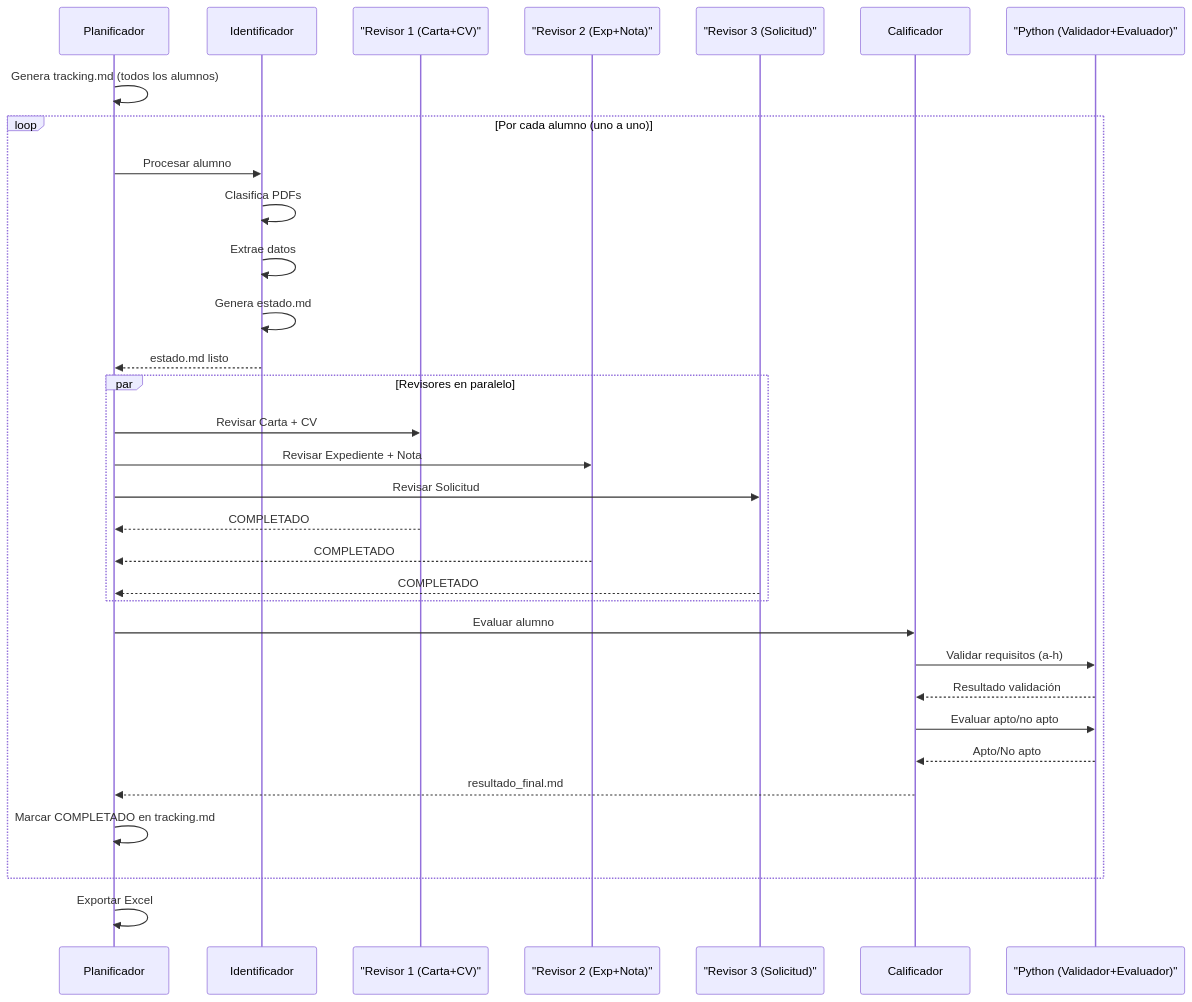
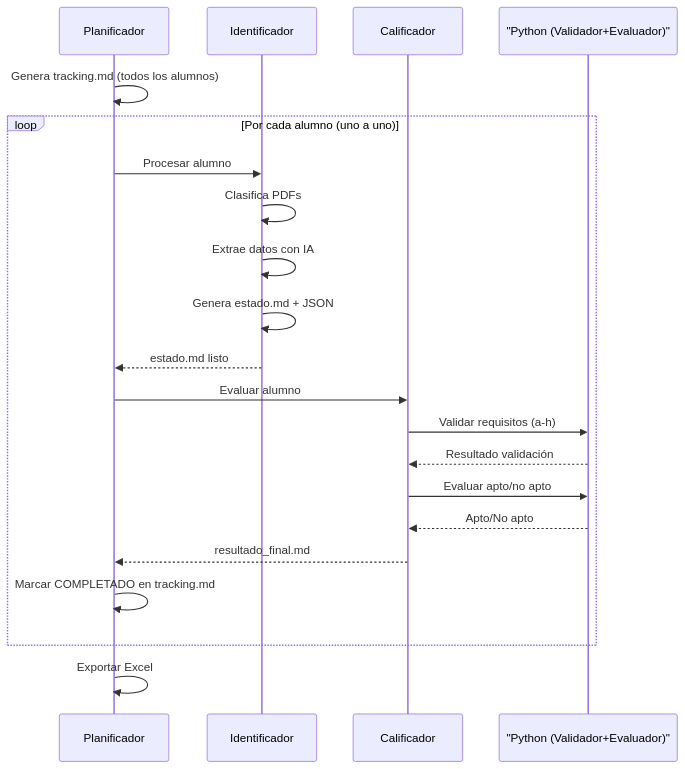
Before and after one commit to martinhnandezfnandez-code/sistema-de-baremado: the second of 2 diagrams in README.md, drawn with Mermaid. The commit also changed other lines of this file and 2 other files, not shown here.

First line of the commit message:
perf: eliminar 3 revisores IA (ahora innecesarios con sistema binario)

````diff
--- a/README.md
+++ b/README.md
@@ -62,40 +62,28 @@
 ```mermaid
 sequenceDiagram
     participant P as Planificador
     participant I as Identificador
-    participant R1 as "Revisor 1 (Carta+CV)"
-    participant R2 as "Revisor 2 (Exp+Nota)"
-    participant R3 as "Revisor 3 (Solicitud)"
     participant C as Calificador
     participant Py as "Python (Validador+Evaluador)"
 
     P->>P: Genera tracking.md (todos los alumnos)
 
     loop Por cada alumno (uno a uno)
         P->>I: Procesar alumno
         I->>I: Clasifica PDFs
-        I->>I: Extrae datos
-        I->>I: Genera estado.md
+        I->>I: Extrae datos con IA
+        I->>I: Genera estado.md + JSON
         I-->>P: estado.md listo
-
-        par Revisores en paralelo
-            P->>R1: Revisar Carta + CV
-            P->>R2: Revisar Expediente + Nota
-            P->>R3: Revisar Solicitud
-            R1-->>P: COMPLETADO
-            R2-->>P: COMPLETADO
-            R3-->>P: COMPLETADO
-        end
 
         P->>C: Evaluar alumno
         C->>Py: Validar requisitos (a-h)
         Py-->>C: Resultado validación
         C->>Py: Evaluar apto/no apto
         Py-->>C: Apto/No apto
         C-->>P: resultado_final.md
 
         P->>P: Marcar COMPLETADO en tracking.md
     end
 
     P->>P: Exportar Excel
 ```
````
